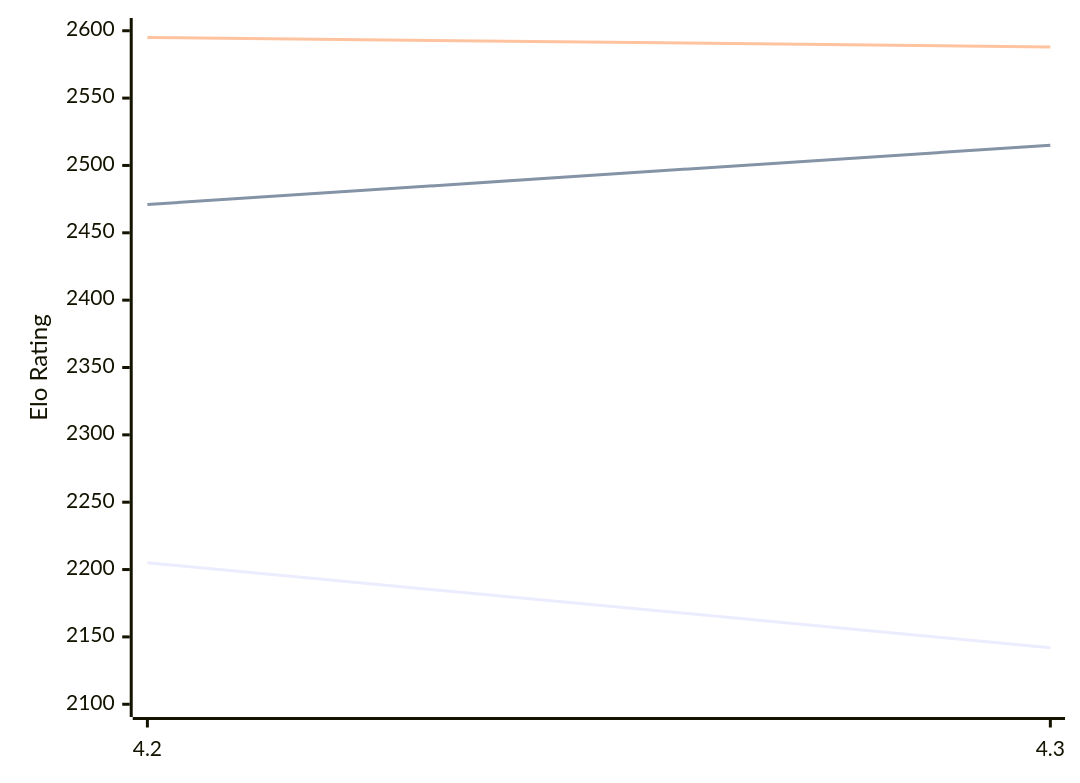
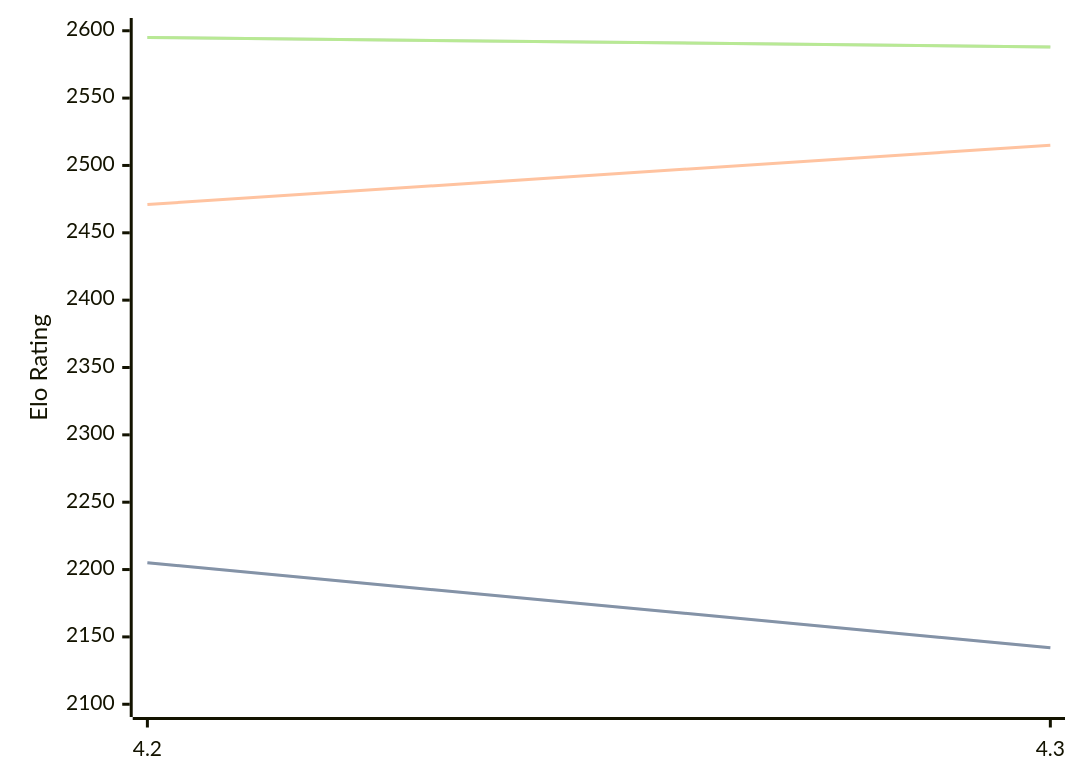
The diagram in engines/Eubos.md (computer-chess-index/cci), drawn with Mermaid before and after one commit. The commit also changed other lines of this file, not shown here.

Commit message:
Update CCI Ratings (ELO VLTC) - 2026-02-13

````diff
--- a/engines/Eubos.md
+++ b/engines/Eubos.md
@@ -85,9 +85,11 @@
 ```mermaid
 %%{init: {"theme":"base","themeVariables":{"seriesColors:['#a3a3a3','#222221','#faa371']}}}%%
 xychart-beta
   x-axis ["4.2", "4.3"]
   y-axis "Elo Rating" 2100 --> 2600
   line "STC (8.0+0.08s)" [2205, 2142]
+  line "STC (8.0+0.08s)" [2205, 2142]
   line "LTC (60.0+0.60s)" [2471, 2515]
   line "VLTC (2m24s+1.12s)" [2595, 2588]
+  line "VLTC (2m24s+1.12s)" [2595, 2588]
 ```
````
